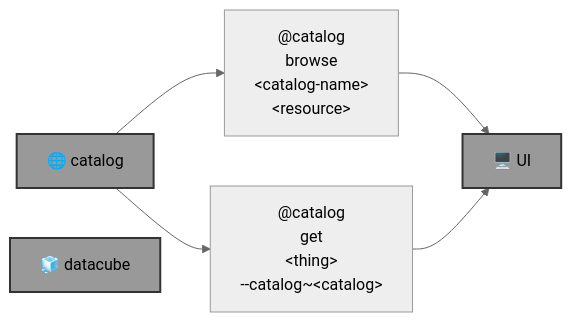
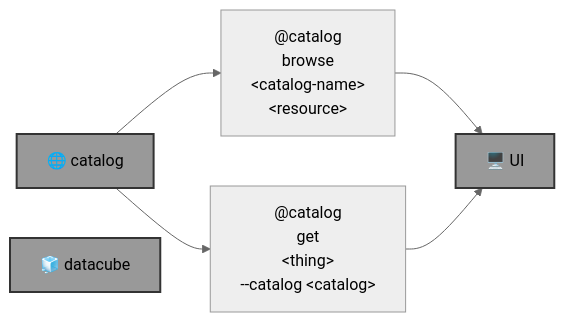
One commit to kamangir/blue-geo changed the diagram in README.md. Above: the diagram before and after it, drawn with Mermaid (neutral theme). The commit also changed other lines of this file and 2 other files, not shown here.

Commit message:
doc++ - kamangir/bolt#746

````diff
--- a/README.md
+++ b/README.md
@@ -9,17 +9,17 @@
 ```mermaid
 graph LR
     catalog_browse["@catalog<br>browse<br>&lt;catalog-name&gt;<br>&lt;resource&gt;"]
-    catalog_get["@catalog<br>get<br>&lt;thing&gt;<br>--catalog~&lt;catalog&gt;"]
+    catalog_get["@catalog<br>get<br>&lt;thing&gt;<br>--catalog &lt;catalog&gt;"]
 
     catalog["🌐 catalog"]:::folder
     datacube_id["🧊 datacube"]:::folder
     UI["🖥️ UI"]:::folder
 
     catalog --> catalog_browse
     catalog_browse --> UI
 
     catalog --> catalog_get
     catalog_get --> UI
 
     classDef folder fill:#999,stroke:#333,stroke-width:2px;
 ```
````
